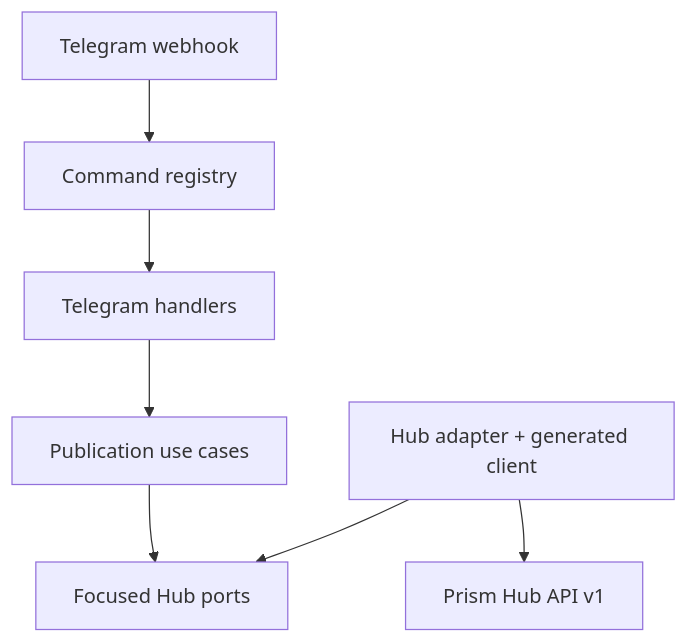
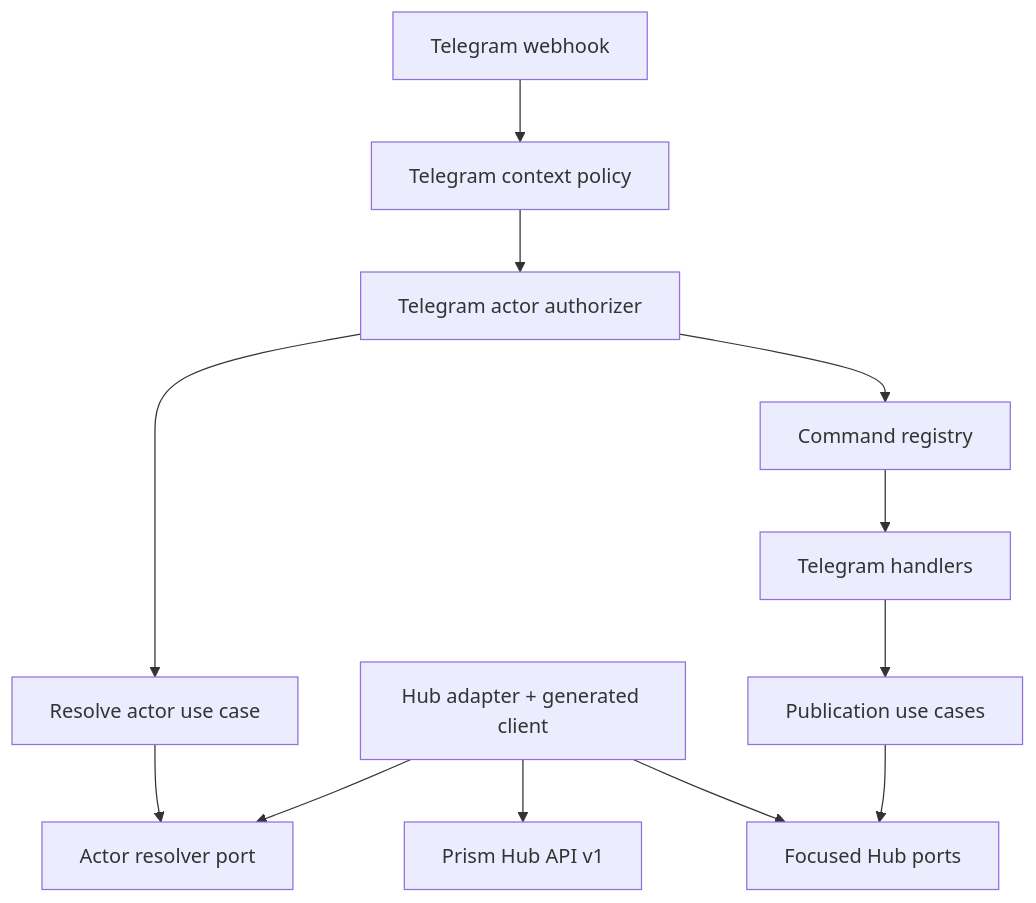
The diagram in docs/architecture.md (aiaiaiai-org/prism-bot), drawn with Mermaid before and after one commit. The commit also changed other lines of this file and 31 other files, not shown here.

Commit message:
Resolve Telegram actors through Prism Hub

````diff
--- a/docs/architecture.md
+++ b/docs/architecture.md
@@ -7,9 +8,14 @@
 ```mermaid
 flowchart TD
-    Webhook["Telegram webhook"] --> Router["Command registry"]
+    Webhook["Telegram webhook"] --> Context["Telegram context policy"]
+    Context --> ActorAuth["Telegram actor authorizer"]
+    ActorAuth --> ActorUseCase["Resolve actor use case"]
+    ActorUseCase --> ActorPort["Actor resolver port"]
+    ActorAdapter["Hub adapter + generated client"] --> ActorPort
+    ActorAdapter --> Hub["Prism Hub API v1"]
+    ActorAuth --> Router["Command registry"]
     Router --> Handler["Telegram handlers"]
     Handler --> UseCase["Publication use cases"]
     UseCase --> Port["Focused Hub ports"]
-    Adapter["Hub adapter + generated client"] --> Port
-    Adapter --> Hub["Prism Hub API v1"]
+    ActorAdapter --> Port
 ```
````
